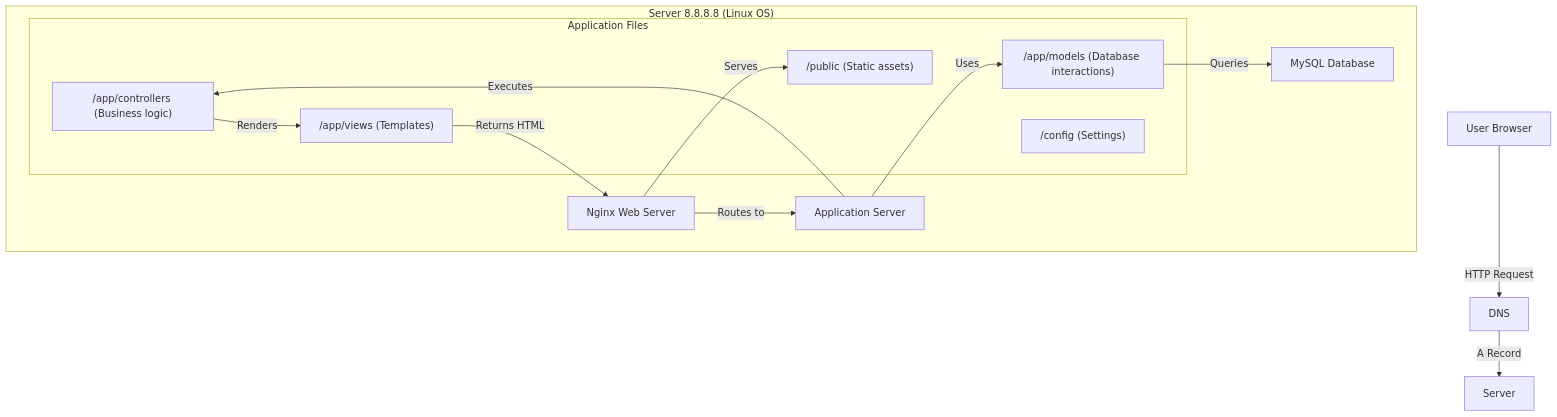
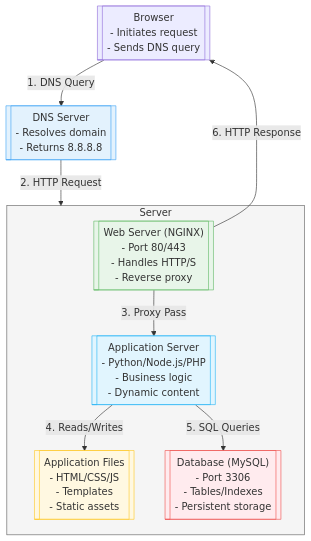
One commit to mrfouu/holbertonschool-system_engineering-devops changed the diagram in 0-simple_web_stack.md. Above: the diagram before and after it, drawn with Mermaid.

````diff
--- a/0-simple_web_stack.md
+++ b/0-simple_web_stack.md
@@ -64,28 +64,60 @@
-```mermaid	
+```mermaid
+
 graph TD
-    User[User Browser] -->|HTTP Request| DNS
-    DNS -->|A Record| Server
-
-    subgraph "Server 8.8.8.8 (Linux OS)"
-        Web[Nginx Web Server]
-        App[Application Server]
-        DB[MySQL Database]
+    %% DNS Resolution
+    Browser[["Browser
+    - Initiates request
+    - Sends DNS query"]] -->|1. DNS Query| DNS[["DNS Server
+    - Resolves domain
+    - Returns 8.8.8.8"]]
+    
+    %% Server Components
+    DNS -->|2. HTTP Request| Server[["Physical Server: 8.8.8.8
+    - Hosts all components"]]
+    
+    subgraph Server
+        Web[["Web Server (NGINX)
+        - Port 80/443
+        - Handles HTTP/S
+        - Reverse proxy"]]
         
-        subgraph "Application Files"
-            Controllers["/app/controllers (Business logic)"]
-            Models["/app/models (Database interactions)"]
-            Views["/app/views (Templates)"]
-            Public["/public (Static assets)"]
-            Config["/config (Settings)"]
-        end
-
-        Web -->|Serves| Public
-        Web -->|Routes to| App
-        App -->|Executes| Controllers
-        App -->|Uses| Models
-        Models -->|Queries| DB
-        Controllers -->|Renders| Views
-        Views -->|Returns HTML| Web
+        App[["Application Server
+        - Python/Node.js/PHP
+        - Business logic
+        - Dynamic content"]]
+        
+        Files[["Application Files
+        - HTML/CSS/JS
+        - Templates
+        - Static assets"]]
+        
+        DB[["Database (MySQL)
+        - Port 3306
+        - Tables/Indexes
+        - Persistent storage"]]
+        
+        %% Connections
+        Web -->|3. Proxy Pass| App
+        App -->|4. Reads/Writes| Files
+        App -->|5. SQL Queries| DB
     end
+    
+    %% Response Flow
+    Web -->|6. HTTP Response| Browser
+    
+    %% Styling
+    classDef dns fill:#e3f2fd,stroke:#42a5f5;
+    classDef server fill:#f5f5f5,stroke:#616161;
+    classDef web fill:#e8f5e9,stroke:#66bb6a;
+    classDef app fill:#e1f5fe,stroke:#29b6f6;
+    classDef files fill:#fff8e1,stroke:#ffca28;
+    classDef db fill:#ffebee,stroke:#ef5350;
+    
+    class DNS dns;
+    class Server server;
+    class Web web;
+    class App app;
+    class Files files;
+    class DB db;
 
 ```
````
